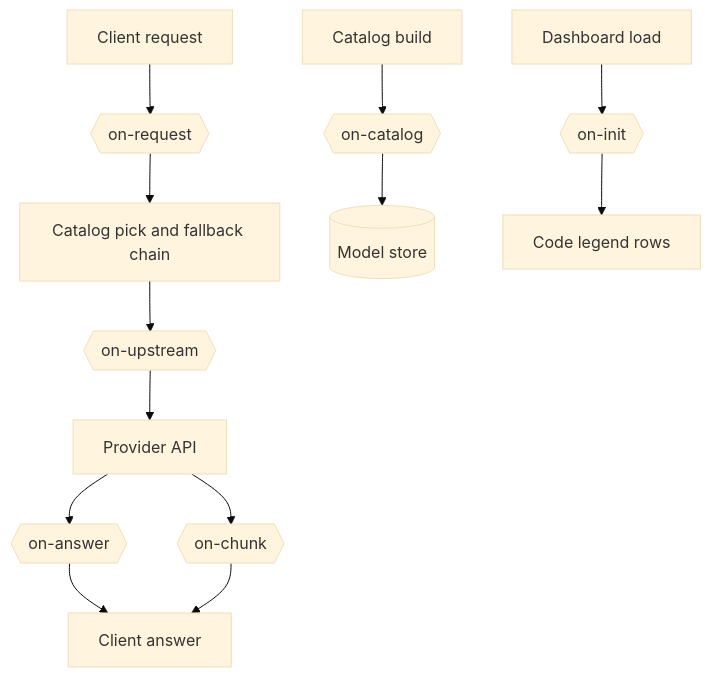
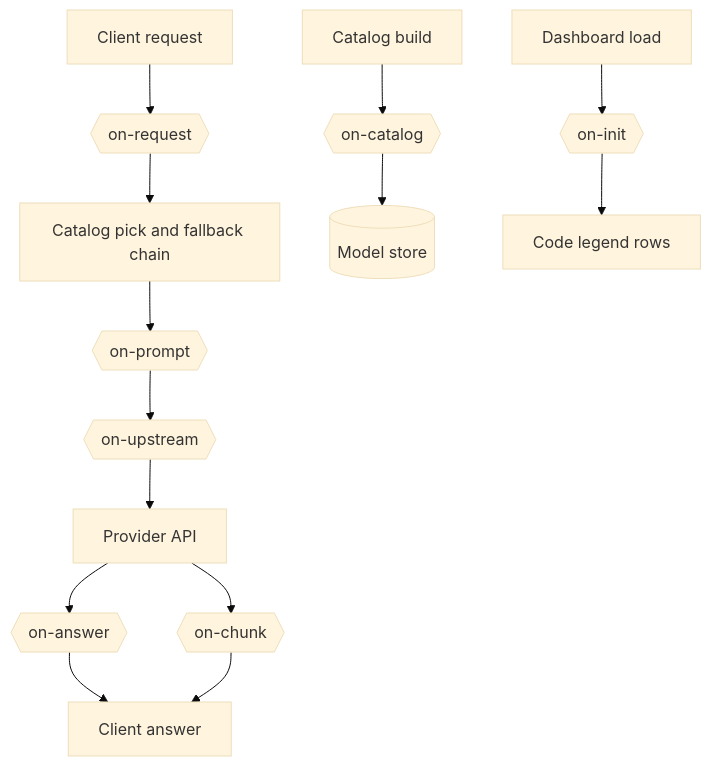
The diagram in docs/hooks.md (nemoe7/daedalus), drawn with Mermaid (base theme) before and after one commit. The commit also changed other lines of this file and 12 other files, not shown here.

````diff
--- a/docs/hooks.md
+++ b/docs/hooks.md
@@ -33,15 +34,16 @@
 ```mermaid
 flowchart TD
   A[Client request] --> B{{on-request}}
   B --> C[Catalog pick and fallback chain]
-  C --> D{{on-upstream}}
+  C --> P{{on-prompt}}
+  P --> D{{on-upstream}}
   D --> E[Provider API]
   E --> F{{on-answer}}
   F --> G[Client answer]
   E --> N{{on-chunk}}
   N --> G
   H[Catalog build] --> I{{on-catalog}}
   I --> J[(Model store)]
   K[Dashboard load] --> L{{on-init}}
   L --> M[Code legend rows]
 ```
````
